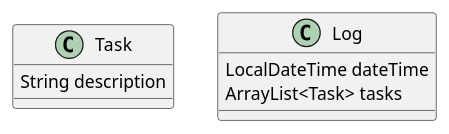
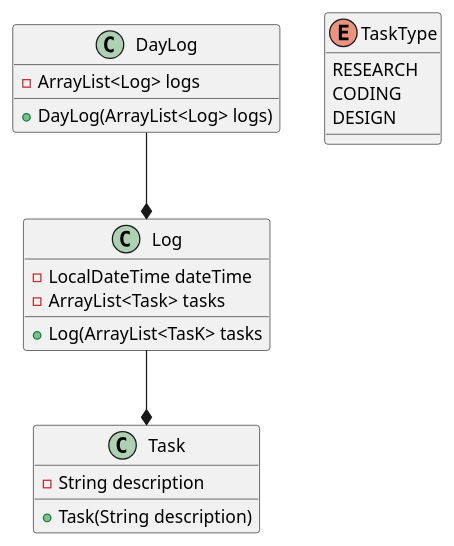
Before and after one commit to JohnVonNeumann/daylog: the diagram in program.puml, drawn with PlantUML.

Commit message:
UPDATE program.puml - add class diagrams

```diff
--- a/program.puml
+++ b/program.puml
@@ -1,13 +1,32 @@
 @startuml
 'https://plantuml.com/class-diagram
 
+Log --* Task
+DayLog --* Log
+
+enum TaskType {
+    RESEARCH
+    CODING
+    DESIGN
+}
+
 class Task {
-    String description
+    - String description
+
+    + Task(String description)
 }
 
 class Log {
-    LocalDateTime dateTime
-    ArrayList<Task> tasks
+    - LocalDateTime dateTime
+    - ArrayList<Task> tasks
+
+    + Log(ArrayList<TasK> tasks
+}
+
+class DayLog {
+    - ArrayList<Log> logs
+
+    + DayLog(ArrayList<Log> logs)
 }
 
 @enduml
```
